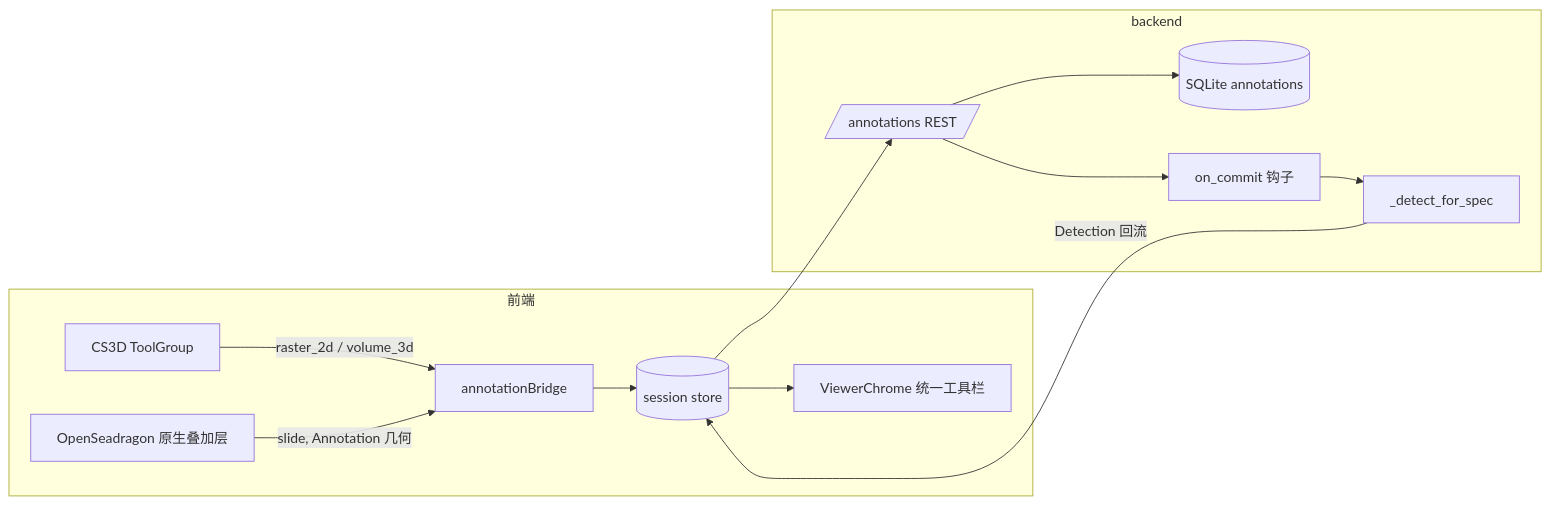
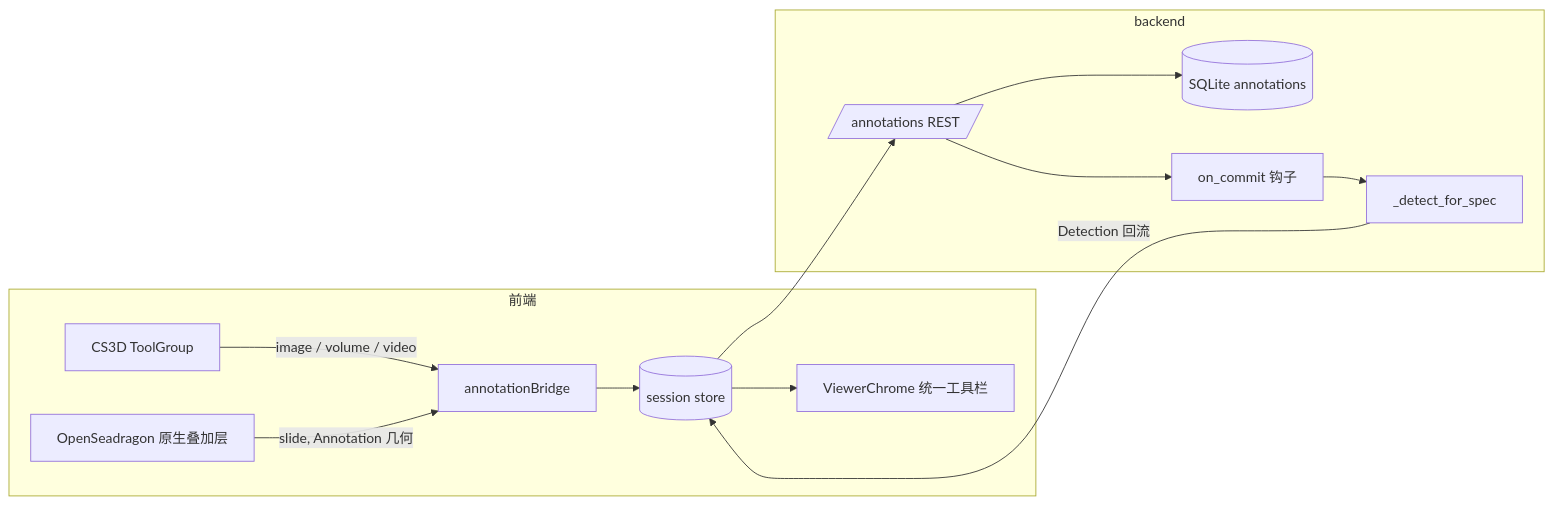
Before and after one commit to zhentai-sn/open-glaux: the second of 4 diagrams in docs/sdd/feats/04-unified-annotation-toolbox/README.md, drawn with Mermaid. The commit also changed other lines of this file and 25 other files, not shown here.

````diff
--- a/docs/sdd/feats/04-unified-annotation-toolbox/README.md
+++ b/docs/sdd/feats/04-unified-annotation-toolbox/README.md
@@ -87,16 +87,16 @@
 ```mermaid
 flowchart LR
     subgraph FE[前端]
-        TG[CS3D ToolGroup] -->|raster_2d / volume_3d| CB[annotationBridge]
+        TG[CS3D ToolGroup] -->|image / volume / video| CB[annotationBridge]
         AN[OpenSeadragon 原生叠加层] -->|slide, Annotation 几何| CB
         CB --> ST[(session store)]
         ST --> Chrome[ViewerChrome 统一工具栏]
     end
     subgraph BE[backend]
         API[/annotations REST/] --> SQ[(SQLite annotations)]
         API --> HOOK[on_commit 钩子]
         HOOK --> DET[_detect_for_spec]
     end
     ST --> API
     DET -->|Detection 回流| ST
 ```
````
